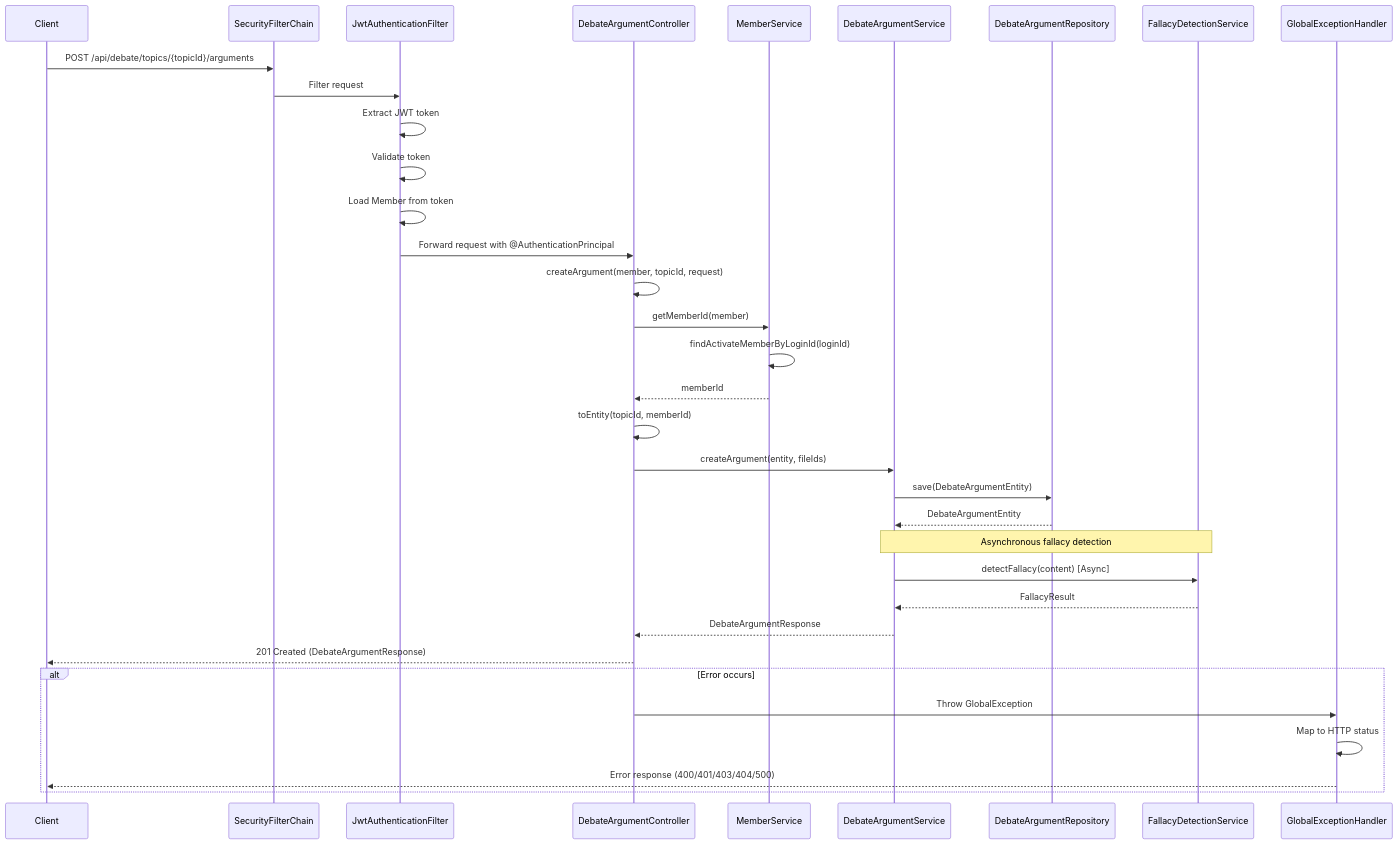
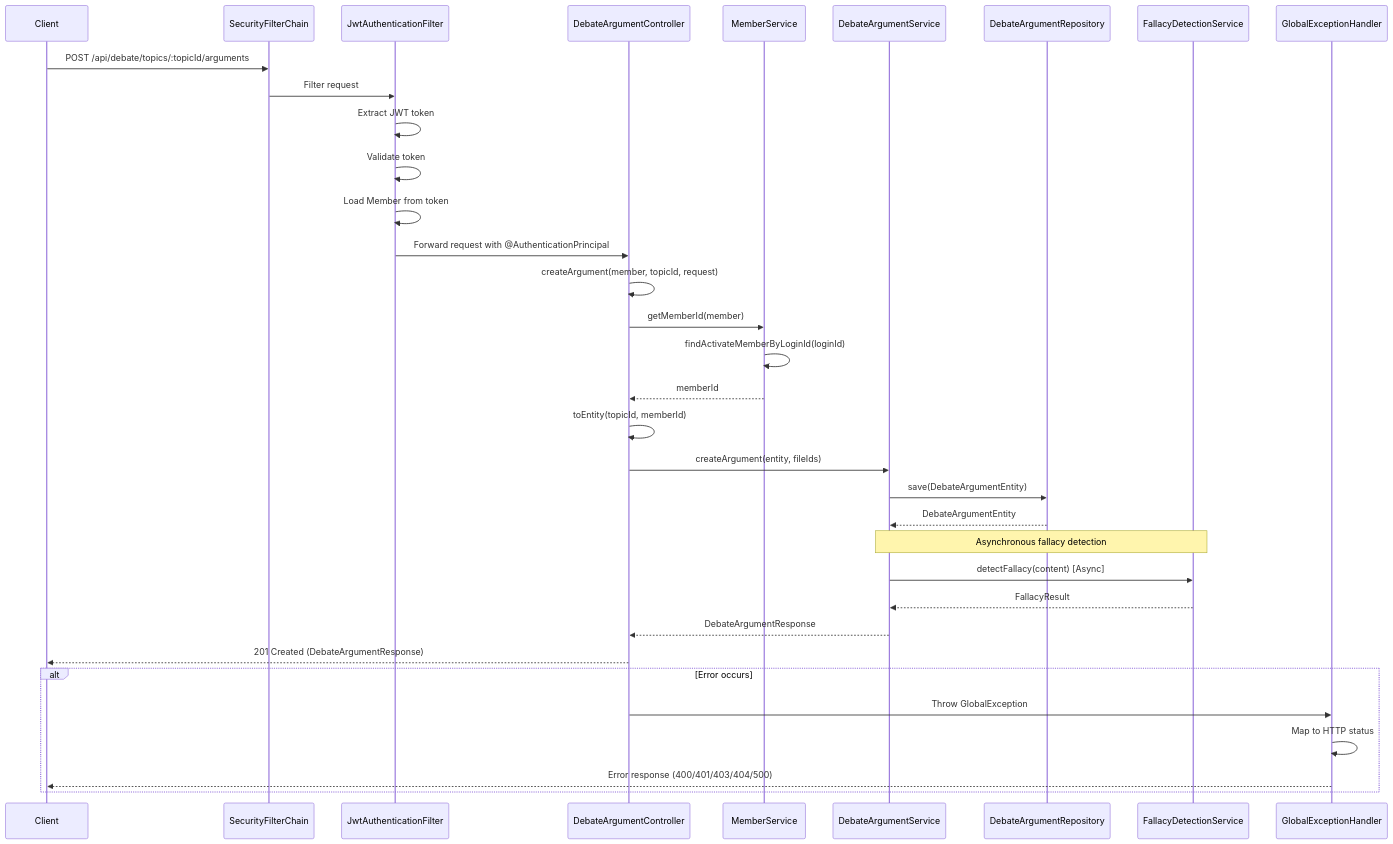
The diagram in doc/debate/DebateArgumentController/createArgument-sequence.md (RKS-t/JungleBook), drawn with Mermaid before and after one commit. The commit also changed 1 other file, not shown here.

Commit message:
차트 수정

````diff
--- a/doc/debate/DebateArgumentController/createArgument-sequence.md
+++ b/doc/debate/DebateArgumentController/createArgument-sequence.md
@@ -3,42 +3,42 @@
 ```mermaid
 sequenceDiagram
     participant Client
     participant SecurityFilterChain
     participant JwtAuthenticationFilter
     participant DebateArgumentController
     participant MemberService
     participant DebateArgumentService
     participant DebateArgumentRepository
     participant FallacyDetectionService
     participant GlobalExceptionHandler
     
-    Client->>SecurityFilterChain: POST /api/debate/topics/{topicId}/arguments
+    Client->>SecurityFilterChain: POST /api/debate/topics/:topicId/arguments
     SecurityFilterChain->>JwtAuthenticationFilter: Filter request
     JwtAuthenticationFilter->>JwtAuthenticationFilter: Extract JWT token
     JwtAuthenticationFilter->>JwtAuthenticationFilter: Validate token
     JwtAuthenticationFilter->>JwtAuthenticationFilter: Load Member from token
     JwtAuthenticationFilter->>DebateArgumentController: Forward request with @AuthenticationPrincipal
     
     DebateArgumentController->>DebateArgumentController: createArgument(member, topicId, request)
     DebateArgumentController->>MemberService: getMemberId(member)
     MemberService->>MemberService: findActivateMemberByLoginId(loginId)
     MemberService-->>DebateArgumentController: memberId
     
     DebateArgumentController->>DebateArgumentController: toEntity(topicId, memberId)
     DebateArgumentController->>DebateArgumentService: createArgument(entity, fileIds)
     DebateArgumentService->>DebateArgumentRepository: save(DebateArgumentEntity)
     DebateArgumentRepository-->>DebateArgumentService: DebateArgumentEntity
     
     Note over DebateArgumentService,FallacyDetectionService: Asynchronous fallacy detection
     DebateArgumentService->>FallacyDetectionService: detectFallacy(content) [Async]
     FallacyDetectionService-->>DebateArgumentService: FallacyResult
     
     DebateArgumentService-->>DebateArgumentController: DebateArgumentResponse
     DebateArgumentController-->>Client: 201 Created (DebateArgumentResponse)
     
     alt Error occurs
         DebateArgumentController->>GlobalExceptionHandler: Throw GlobalException
         GlobalExceptionHandler->>GlobalExceptionHandler: Map to HTTP status
         GlobalExceptionHandler-->>Client: Error response (400/401/403/404/500)
     end
 ```
````
